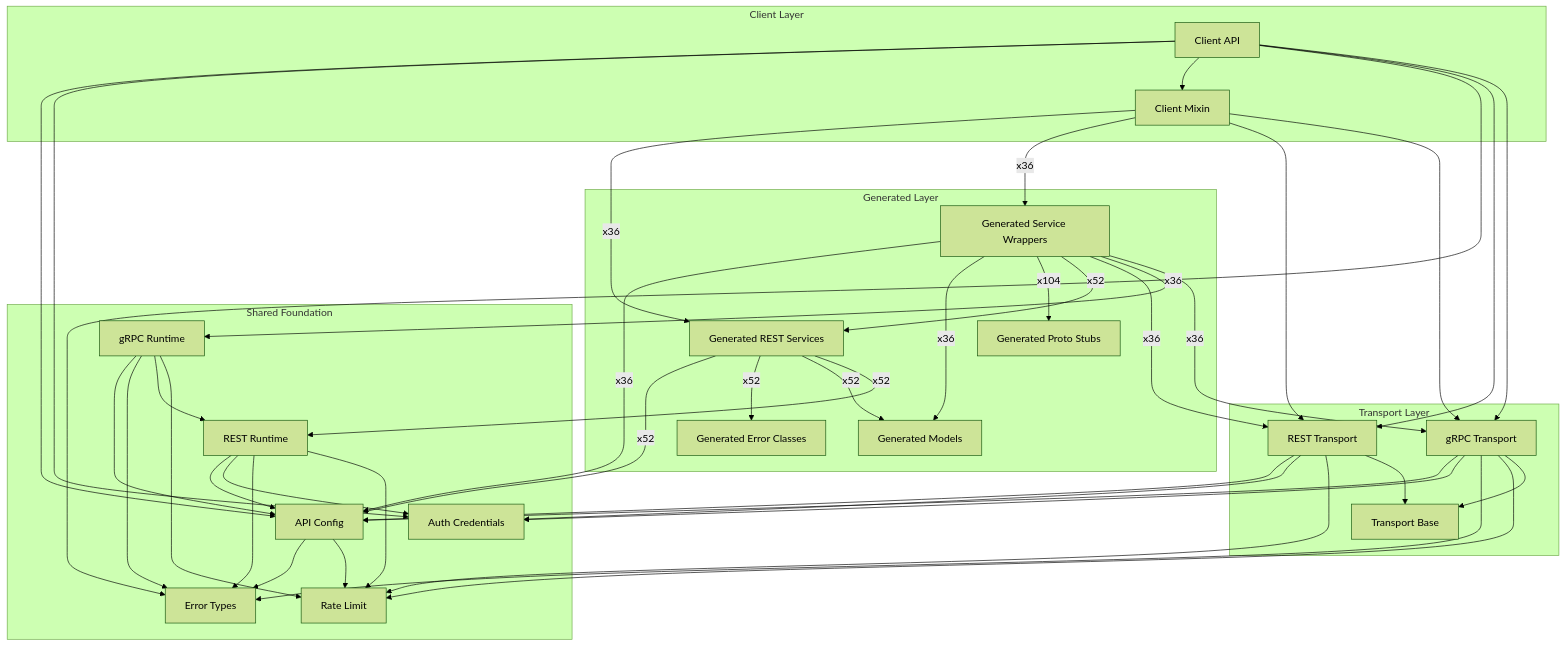
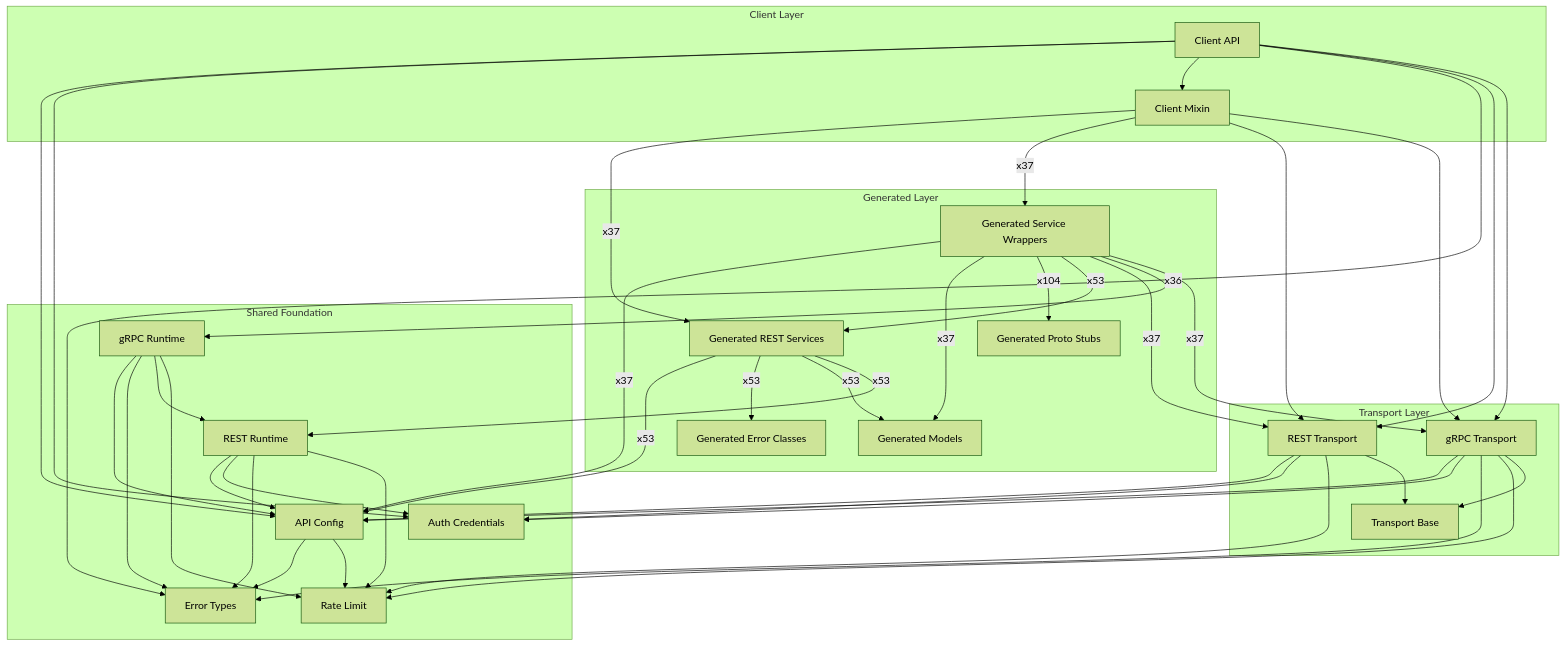
One commit to alexdearaujo/community_sdk_python changed the diagram in docs/sphinx/sdk_runtime_architecture.md. Above: the diagram before and after it, drawn with Mermaid (forest theme). The commit also changed other lines of this file and 44 other files, not shown here.

````diff
--- a/docs/sphinx/sdk_runtime_architecture.md
+++ b/docs/sphinx/sdk_runtime_architecture.md
@@ -22,68 +22,68 @@
 ```mermaid
 flowchart TB
     subgraph client["Client Layer"]
         Client_API["Client API"]
         Client_Mixin["Client Mixin"]
     end
     subgraph generated["Generated Layer"]
         Generated_Error_Classes["Generated Error Classes"]
         Generated_Models["Generated Models"]
         Generated_Proto_Stubs["Generated Proto Stubs"]
         Generated_REST_Services["Generated REST Services"]
         Generated_Service_Wrappers["Generated Service Wrappers"]
     end
     subgraph transport["Transport Layer"]
         REST_Transport["REST Transport"]
         Transport_Base["Transport Base"]
         gRPC_Transport["gRPC Transport"]
     end
     subgraph foundation["Shared Foundation"]
         API_Config["API Config"]
         Auth_Credentials["Auth Credentials"]
         Error_Types["Error Types"]
         REST_Runtime["REST Runtime"]
         Rate_Limit["Rate Limit"]
         gRPC_Runtime["gRPC Runtime"]
     end
 
     API_Config --> Error_Types
     API_Config --> Rate_Limit
     Client_API --> API_Config
     Client_API --> Auth_Credentials
     Client_API --> Client_Mixin
     Client_API --> Error_Types
     Client_API --> REST_Transport
     Client_API --> gRPC_Transport
-    Client_Mixin -->|"x36"| Generated_REST_Services
-    Client_Mixin -->|"x36"| Generated_Service_Wrappers
+    Client_Mixin -->|"x37"| Generated_REST_Services
+    Client_Mixin -->|"x37"| Generated_Service_Wrappers
     Client_Mixin --> REST_Transport
     Client_Mixin --> gRPC_Transport
-    Generated_REST_Services -->|"x52"| API_Config
-    Generated_REST_Services -->|"x52"| Generated_Error_Classes
-    Generated_REST_Services -->|"x52"| Generated_Models
-    Generated_REST_Services -->|"x52"| REST_Runtime
-    Generated_Service_Wrappers -->|"x36"| API_Config
-    Generated_Service_Wrappers -->|"x36"| Generated_Models
+    Generated_REST_Services -->|"x53"| API_Config
+    Generated_REST_Services -->|"x53"| Generated_Error_Classes
+    Generated_REST_Services -->|"x53"| Generated_Models
+    Generated_REST_Services -->|"x53"| REST_Runtime
+    Generated_Service_Wrappers -->|"x37"| API_Config
+    Generated_Service_Wrappers -->|"x37"| Generated_Models
     Generated_Service_Wrappers -->|"x104"| Generated_Proto_Stubs
-    Generated_Service_Wrappers -->|"x52"| Generated_REST_Services
-    Generated_Service_Wrappers -->|"x36"| REST_Transport
+    Generated_Service_Wrappers -->|"x53"| Generated_REST_Services
+    Generated_Service_Wrappers -->|"x37"| REST_Transport
     Generated_Service_Wrappers -->|"x36"| gRPC_Runtime
-    Generated_Service_Wrappers -->|"x36"| gRPC_Transport
+    Generated_Service_Wrappers -->|"x37"| gRPC_Transport
     REST_Runtime --> API_Config
     REST_Runtime --> Auth_Credentials
     REST_Runtime --> Error_Types
     REST_Runtime --> Rate_Limit
     REST_Transport --> API_Config
     REST_Transport --> Auth_Credentials
     REST_Transport --> Rate_Limit
     REST_Transport --> Transport_Base
     gRPC_Runtime --> API_Config
     gRPC_Runtime --> Error_Types
     gRPC_Runtime --> REST_Runtime
     gRPC_Runtime --> Rate_Limit
     gRPC_Transport --> API_Config
     gRPC_Transport --> Auth_Credentials
     gRPC_Transport --> Error_Types
     gRPC_Transport --> Rate_Limit
     gRPC_Transport --> Transport_Base
 ```
````
